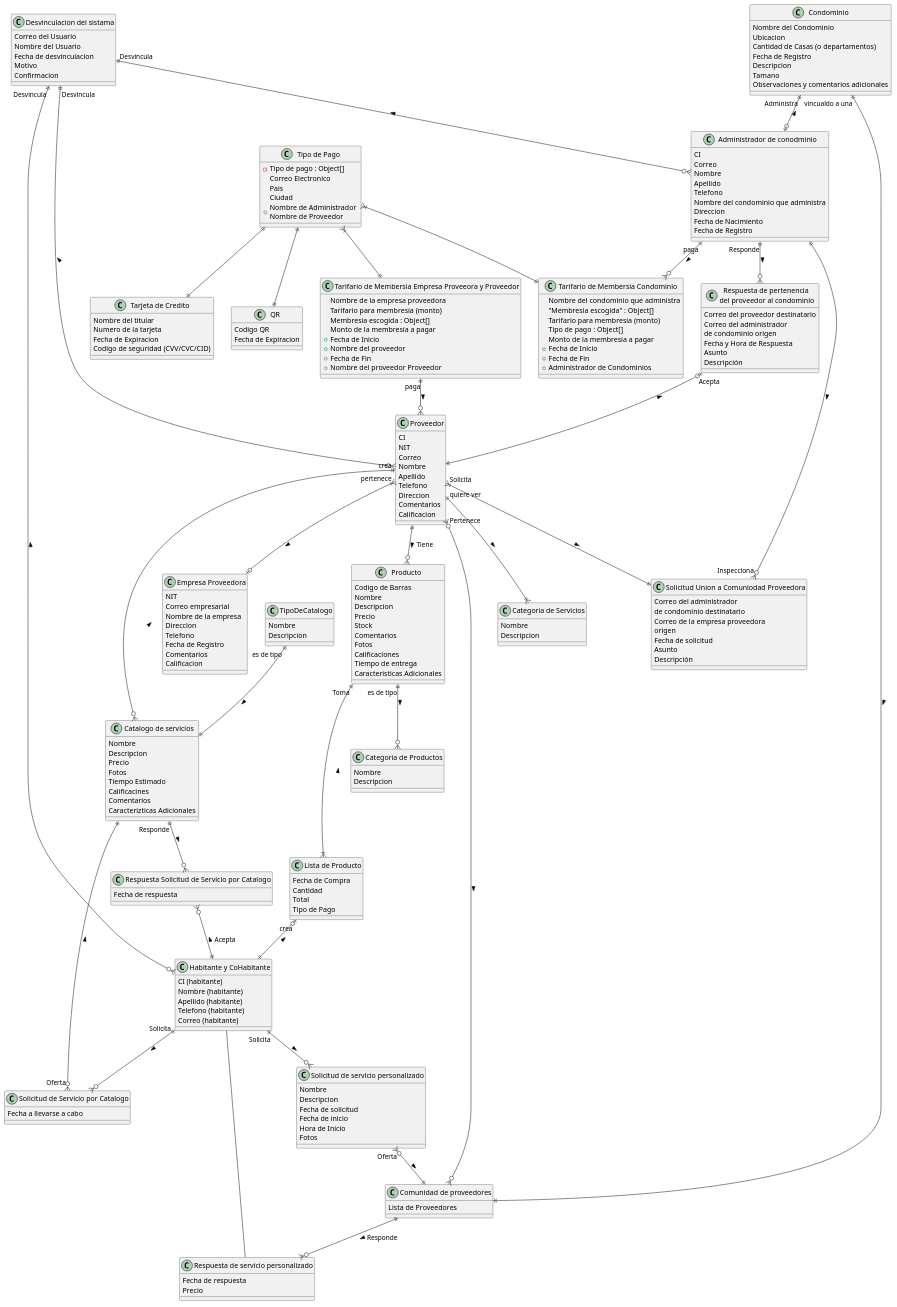
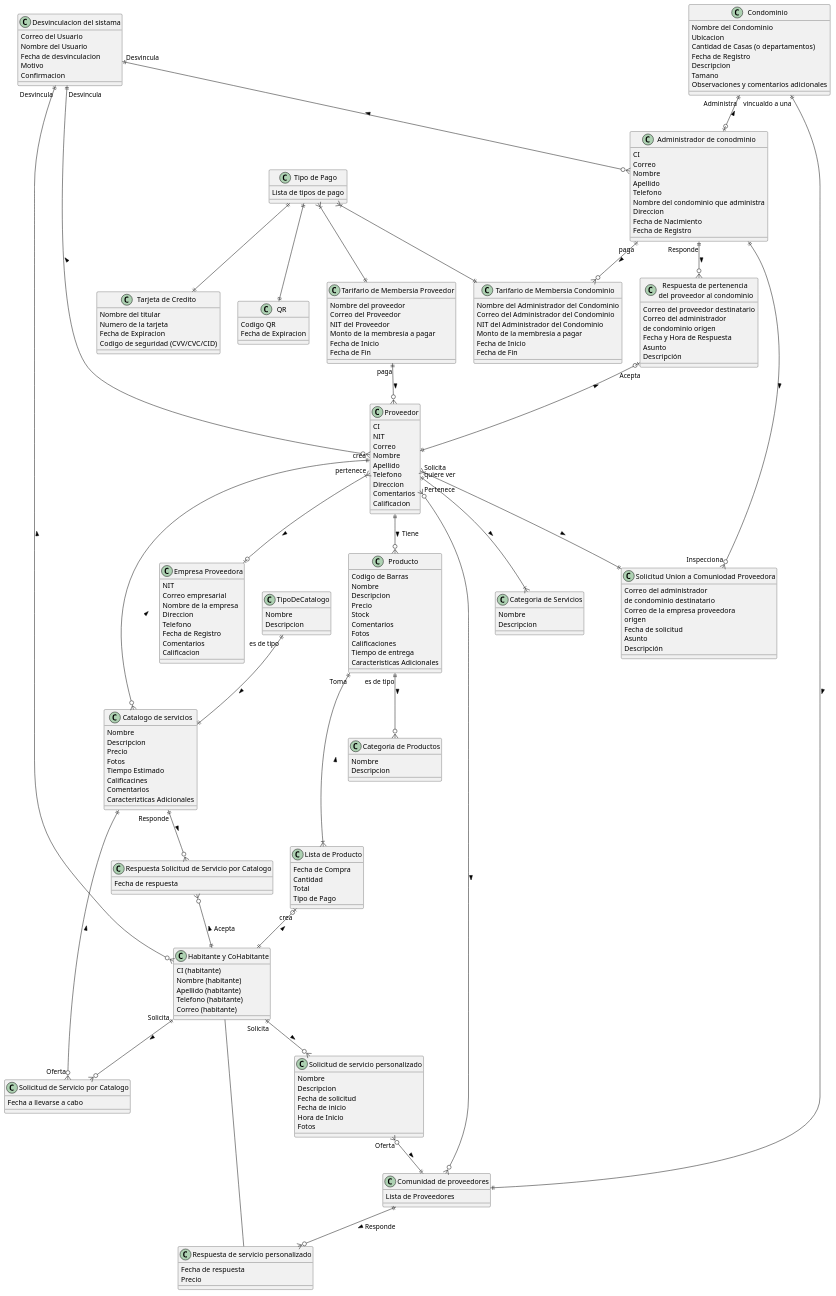
Before and after one commit to UPSA-Projects/docs-condominio: the diagram in docs/src/domain-model/domain-model.wsd, drawn with PlantUML.

Commit message:
Flujo Tarifa de Membresia

```diff
--- a/docs/src/domain-model/domain-model.wsd
+++ b/docs/src/domain-model/domain-model.wsd
@@ -60,35 +60,27 @@
 
 ' 5
 class "Tarifario de Membersia Condominio" {
-  {field} Nombre del condominio que administra
-  {field} "Membresia escogida" : Object[]
-  {field} Tarifario para membresía (monto)
-  {field} Tipo de pago : Object[]
+  {field} Nombre del Administrador del Condominio
+  {field} Correo del Administrador del Condominio
+  {field} NIT del Administrador del Condominio
   {field} Monto de la membresía a pagar 
-  {field} + Fecha de Inicio
-  {field} + Fecha de Fin
-  {field} + Administrador de Condominios
+  {field} Fecha de Inicio
+  {field} Fecha de Fin
 }
 
 ' 6
-class "Tarifario de Membersia Empresa Proveeora y Proveedor" {
-  {field} Nombre de la empresa proveedora
-  {field} Tarifario para membresía (monto)
-  {field} Membresia escogida : Object[]
+class "Tarifario de Membersia Proveedor" {
+  {field} Nombre del proveedor
+  {field} Correo del Proveedor
+  {field} NIT del Proveedor
   {field} Monto de la membresía a pagar 
-  {field} + Fecha de Inicio
-  {field} + Nombre del proveedor
-  {field} + Fecha de Fin
-  {field} + Nombre del proveedor Proveedor
+  {field} Fecha de Inicio
+  {field} Fecha de Fin
 }
 
 ' 7
 class "Tipo de Pago" {
-  {field} - Tipo de pago : Object[]
-  {field} Correo Electronico
-  {field} Pais
-  {field} Ciudad
-  {field} + Nombre de Administrador \nNombre de Proveedor
+  Lista de tipos de pago
 }
 
 ' 11
@@ -253,9 +245,9 @@
 
 ' FLUJO DE TARIFA
 "Administrador de conodminio" ||--o{ "Tarifario de Membersia Condominio" : "paga" >
-"Tarifario de Membersia Empresa Proveeora y Proveedor" ||--o{ "Proveedor" : "paga" >
+"Tarifario de Membersia Proveedor" ||--o{ "Proveedor" : "paga" >
 "Tipo de Pago" }|--|| "Tarifario de Membersia Condominio"
-"Tipo de Pago" }|--|| "Tarifario de Membersia Empresa Proveeora y Proveedor"
+"Tipo de Pago" }|--|| "Tarifario de Membersia Proveedor"
 "Tipo de Pago" ||--|| "Tarjeta de Credito"
 "Tipo de Pago" ||--|| QR
 ' "Reporte de Pago de Membresia"
```
